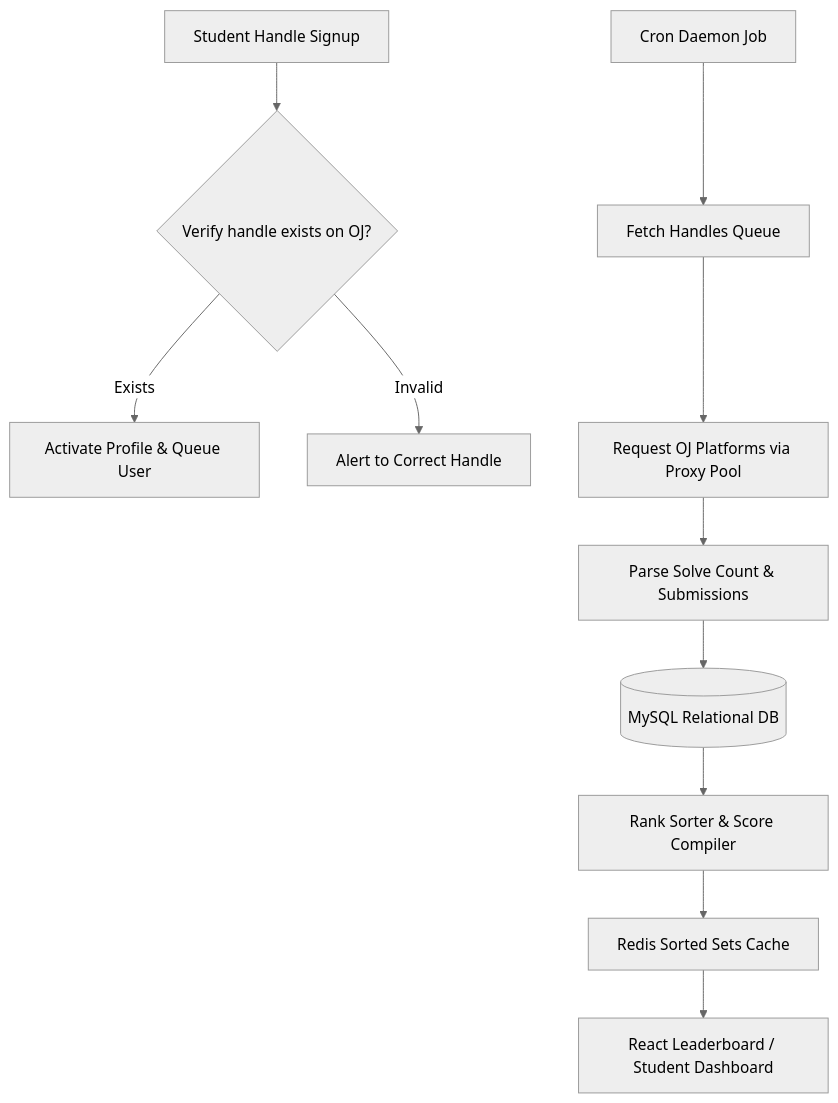
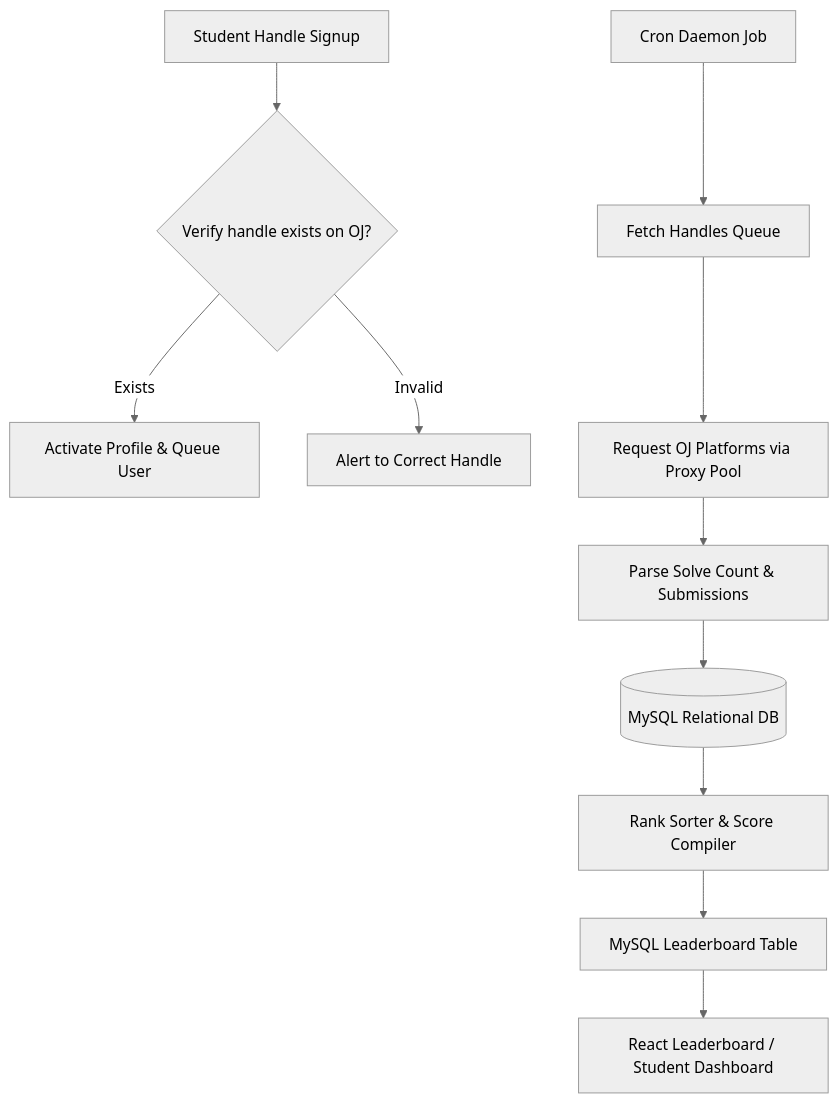
Before and after one commit to MrMandalNSU/sudipta.me: the first of 3 diagrams in docs/experiences/nsups.md, drawn with Mermaid (neutral theme). The commit also changed other lines of this file and 4 other files, not shown here.

````diff
--- a/docs/experiences/nsups.md
+++ b/docs/experiences/nsups.md
@@ -33,17 +33,17 @@
 ```mermaid
 flowchart TD
     User[Student Handle Signup] --> VerifyGate{Verify handle exists on OJ?}
     VerifyGate -->|Exists| SyncUser[Activate Profile & Queue User]
     VerifyGate -->|Invalid| Err[Alert to Correct Handle]
     
     %% Scheduled Ingestion
     Cron[Cron Daemon Job] --> FetchQueue[Fetch Handles Queue]
     FetchQueue --> RequestOJ[Request OJ Platforms via Proxy Pool]
     RequestOJ --> Parser[Parse Solve Count & Submissions]
     Parser --> DB[(MySQL Relational DB)]
     
     %% Rank Calculation
     DB --> Calc[Rank Sorter & Score Compiler]
-    Calc --> Cache[Redis Sorted Sets Cache]
-    Cache --> Client[React Leaderboard / Student Dashboard]
+    Calc --> DBCommit[MySQL Leaderboard Table]
+    DBCommit --> Client[React Leaderboard / Student Dashboard]
 ```
````
